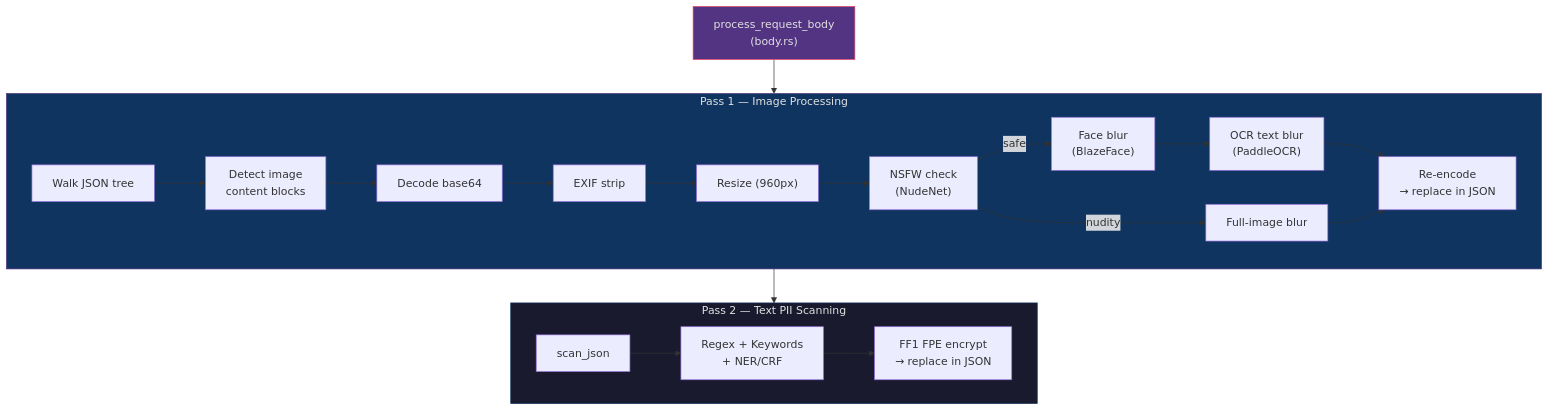
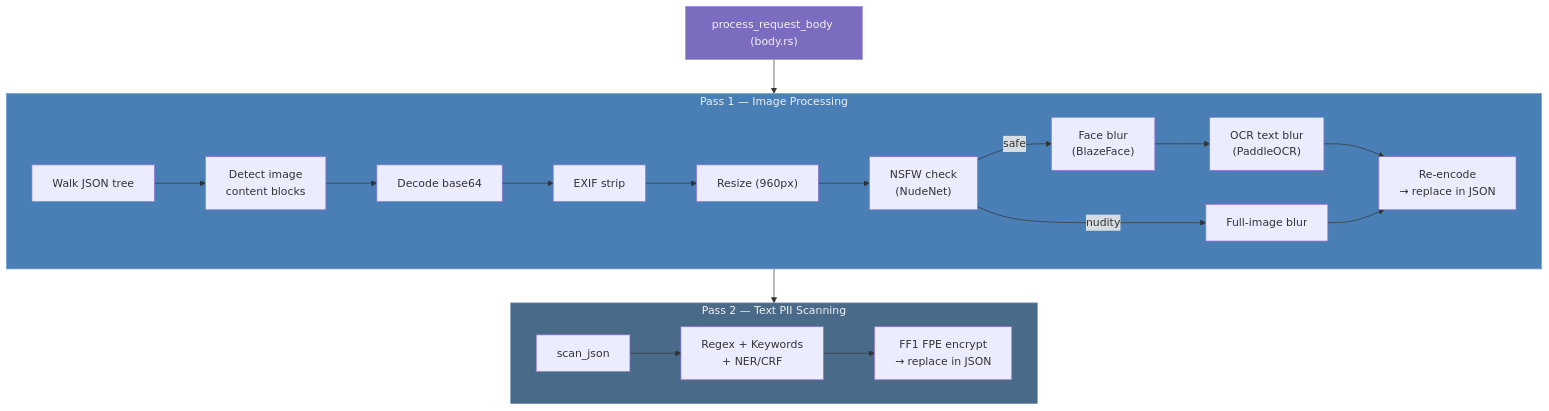
One commit to OpenObscure/OpenObscure changed diagram 15 of 15 in ARCHITECTURE.md. Above: the diagram before and after it, drawn with Mermaid. The commit also changed other lines of this file and 7 other files, not shown here.

First line of the commit message:
Improve diagrams, screenshot, and repo hygiene

````diff
--- a/ARCHITECTURE.md
+++ b/ARCHITECTURE.md
@@ -680,31 +680,31 @@
 ```mermaid
 flowchart TB
-    entry["process_request_body\n(body.rs)"]
+    entry["process_request_body (body.rs)"]
 
     subgraph pass1 ["Pass 1 — Image Processing"]
         direction LR
-        walk["Walk JSON tree"] --> detect["Detect image\ncontent blocks"]
+        walk["Walk JSON tree"] --> detect["Detect image<br>content blocks"]
         detect --> decode["Decode base64"]
         decode --> exif["EXIF strip"]
         exif --> resize["Resize (960px)"]
-        resize --> nsfw["NSFW check\n(NudeNet)"]
-        nsfw -->|"safe"| face["Face blur\n(BlazeFace)"]
+        resize --> nsfw["NSFW check<br>(NudeNet)"]
+        nsfw -->|"safe"| face["Face blur<br>(BlazeFace)"]
         nsfw -->|"nudity"| fullblur["Full-image blur"]
-        face --> ocr["OCR text blur\n(PaddleOCR)"]
-        ocr --> encode["Re-encode\n→ replace in JSON"]
+        face --> ocr["OCR text blur<br>(PaddleOCR)"]
+        ocr --> encode["Re-encode<br>→ replace in JSON"]
         fullblur --> encode
     end
 
     subgraph pass2 ["Pass 2 — Text PII Scanning"]
         direction LR
-        scan["scan_json"] --> match["Regex + Keywords\n+ NER/CRF"]
-        match --> encrypt["FF1 FPE encrypt\n→ replace in JSON"]
+        scan["scan_json"] --> match["Regex + Keywords<br>+ NER/CRF"]
+        match --> encrypt["FF1 FPE encrypt<br>→ replace in JSON"]
     end
 
     entry --> pass1
     pass1 --> pass2
 
-    style entry fill:#533483,stroke:#e94560,color:#e0e0e0
-    style pass1 fill:#0f3460,stroke:#533483,color:#e0e0e0
-    style pass2 fill:#1a1a2e,stroke:#0f3460,color:#e0e0e0
+    style entry fill:#7c6cbf,stroke:#9c8cdf,color:#f0f0f0
+    style pass1 fill:#4a7fb5,stroke:#6a9fd5,color:#f0f0f0
+    style pass2 fill:#4a6a8a,stroke:#6a8aaa,color:#f0f0f0
 ```
````
